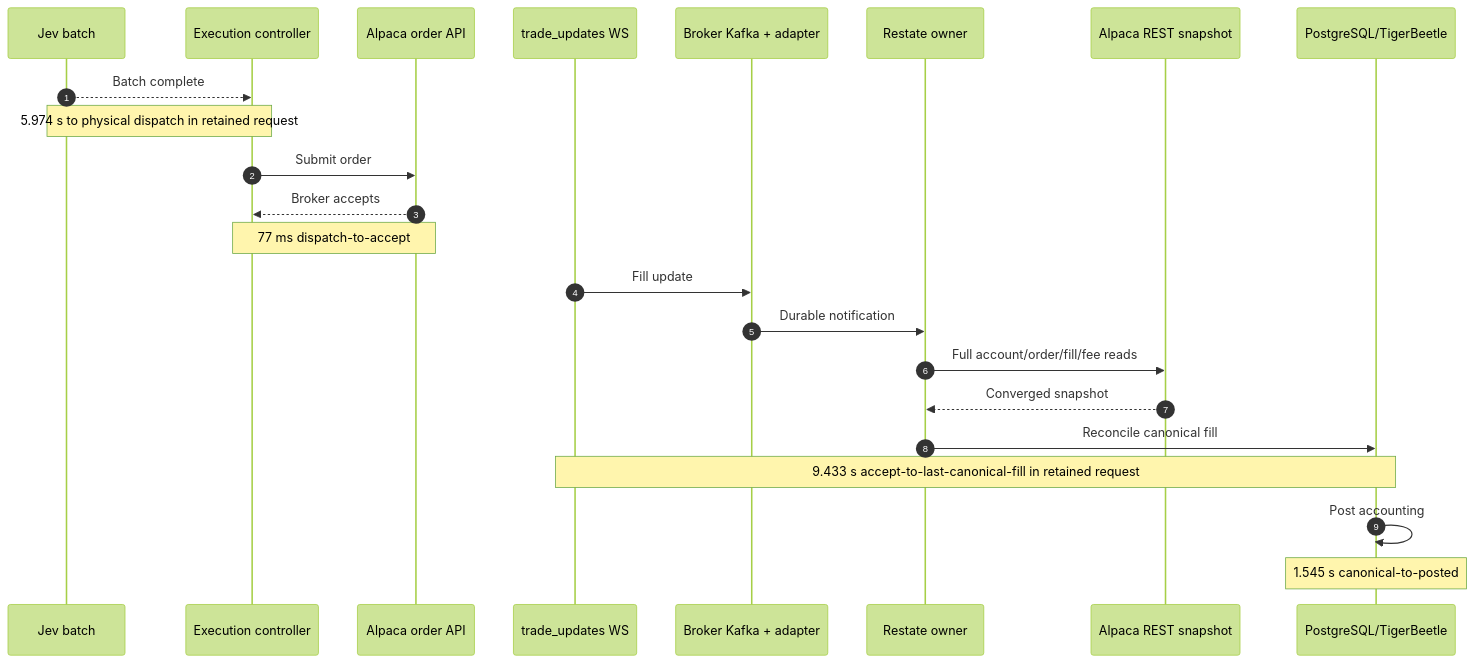
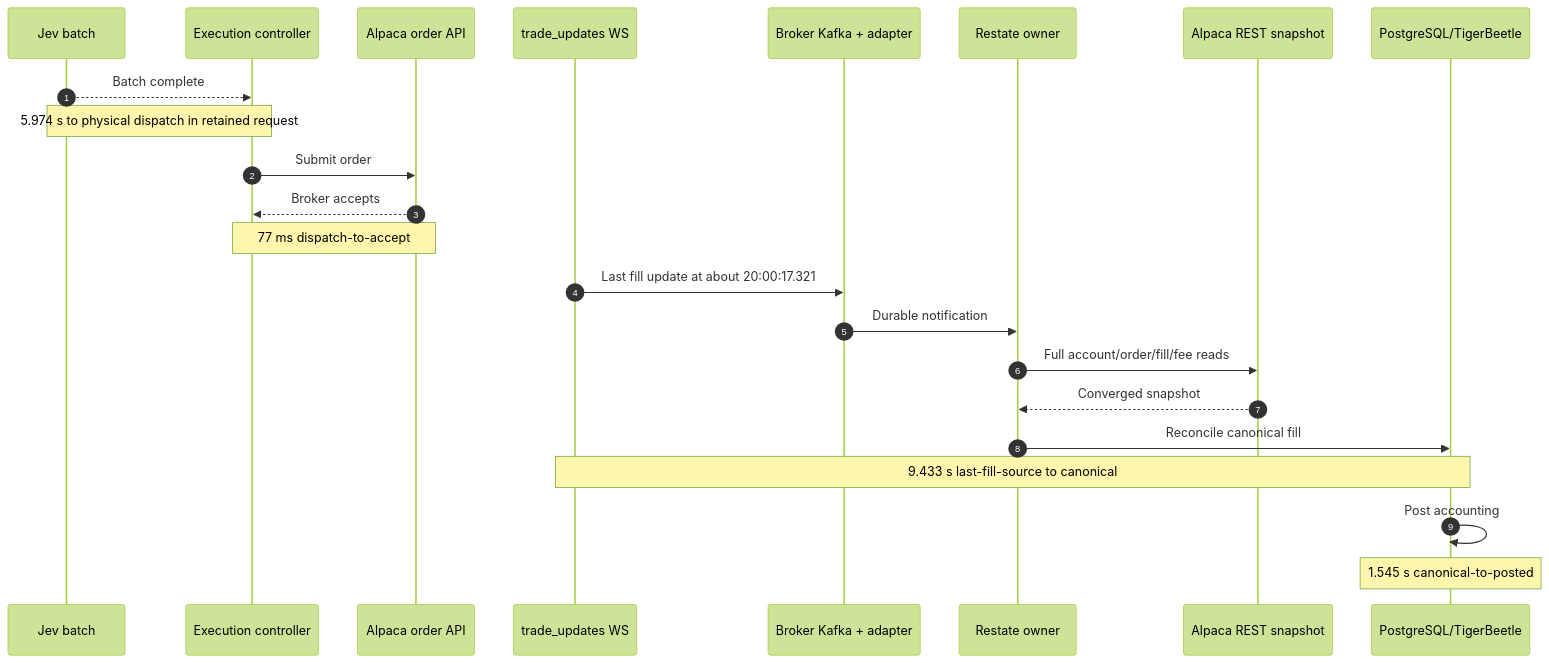
One commit to proompteng/lab changed the first of 4 diagrams in docs/bayn/durable-broker-event-architecture.md. Above: the diagram before and after it, drawn with Mermaid (forest theme). The commit also changed other lines of this file and 27 other files, not shown here.

````diff
--- a/docs/bayn/durable-broker-event-architecture.md
+++ b/docs/bayn/durable-broker-event-architecture.md
@@ -28,26 +28,26 @@
 ```mermaid
 sequenceDiagram
   autonumber
   participant J as Jev batch
   participant X as Execution controller
   participant A as Alpaca order API
   participant W as trade_updates WS
   participant K as Broker Kafka + adapter
   participant R as Restate owner
   participant H as Alpaca REST snapshot
   participant P as PostgreSQL/TigerBeetle
 
   J-->>X: Batch complete
   Note over J,X: 5.974 s to physical dispatch in retained request
   X->>A: Submit order
   A-->>X: Broker accepts
   Note over X,A: 77 ms dispatch-to-accept
-  W->>K: Fill update
+  W->>K: Last fill update at about 20:00:17.321
   K->>R: Durable notification
   R->>H: Full account/order/fill/fee reads
   H-->>R: Converged snapshot
   R->>P: Reconcile canonical fill
-  Note over W,P: 9.433 s accept-to-last-canonical-fill in retained request
+  Note over W,P: 9.433 s last-fill-source to canonical
   P->>P: Post accounting
   Note over P: 1.545 s canonical-to-posted
 ```
````
